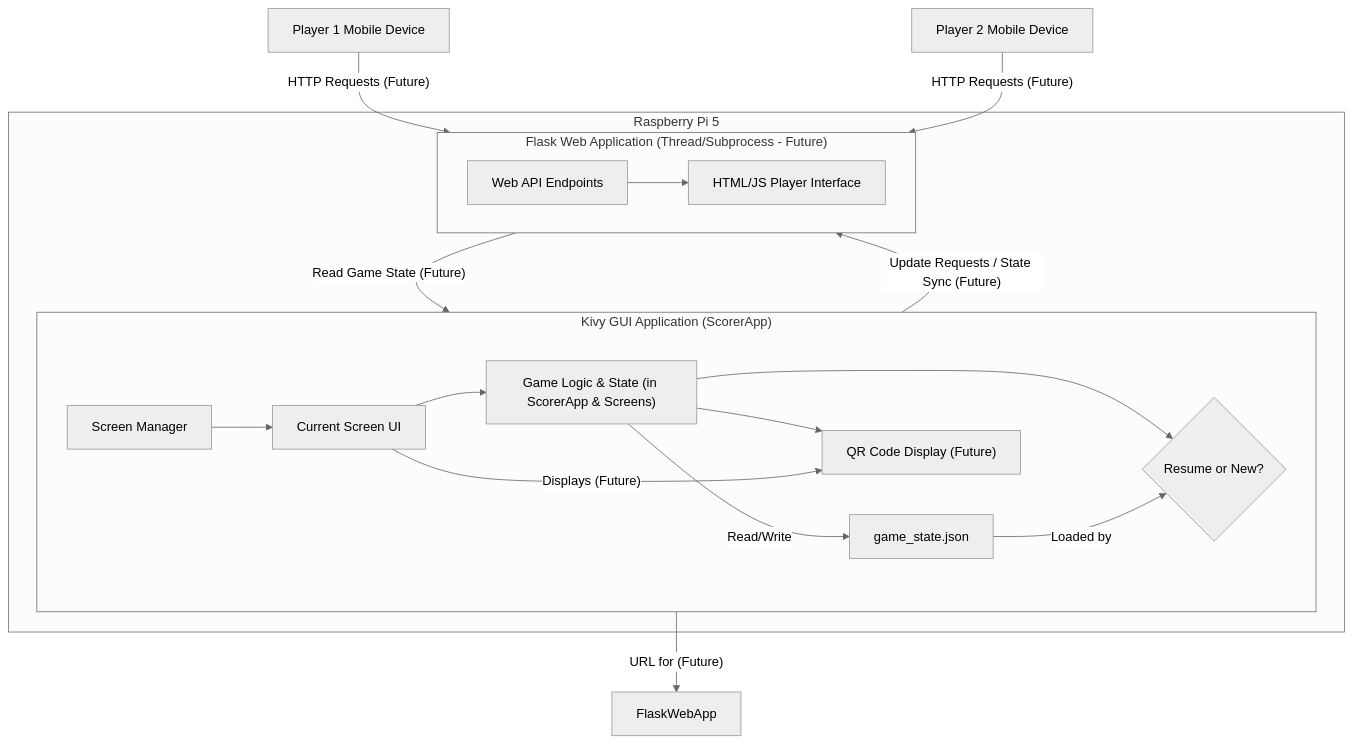
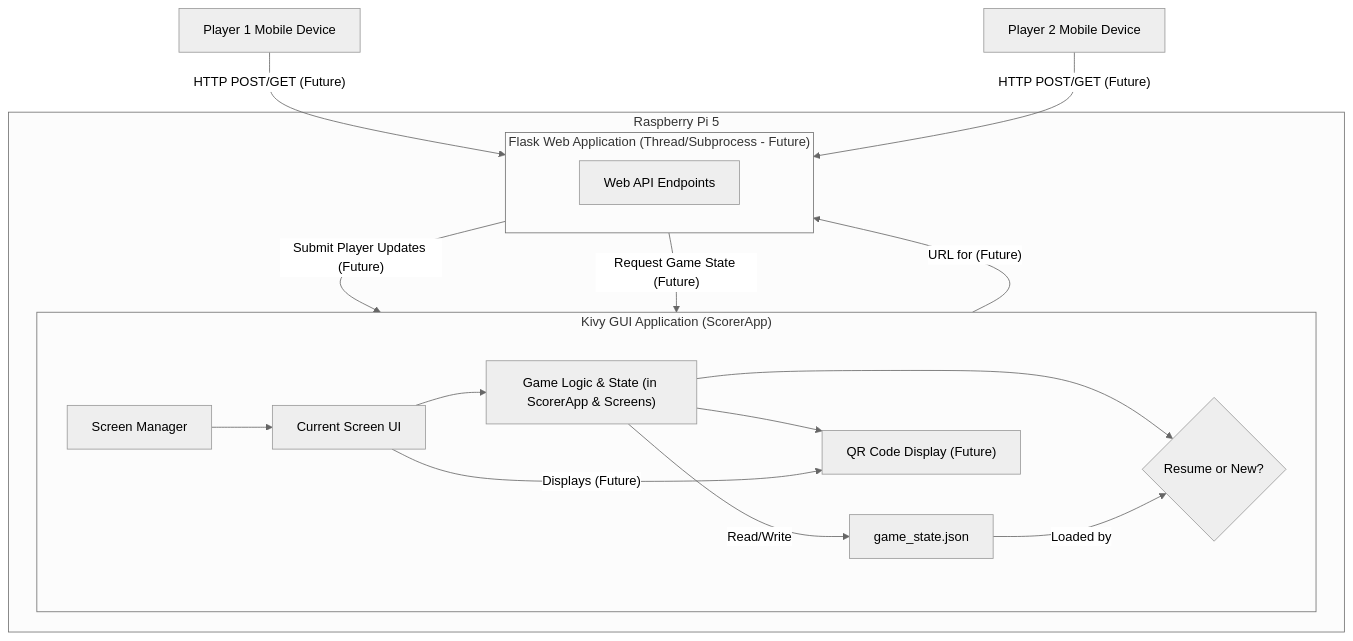
The first of 4 diagrams in memory-bank/systemPatterns.md (matt-antone/Scorer), drawn with Mermaid (neutral theme) before and after one commit. The commit also changed other lines of this file, not shown here.

Commit message:
docs: audit and correct memory bank documentation
- Audit and refactor all memory bank files for accuracy and clarity.
- Correct multiple Mermaid diagram syntax errors in systemPatterns.md.
- Clarify client-server data flow for player updates in architecture.
- Remove redundant information from techContext.md and delete obsolete files.
- Update progress.md and activeContext.md to reflect current project state.
- Add future 'Player Client' feature to documentation.

Working features at this commit:
- Kivy application is stable and functional for core game management.
- Spectator web client is synchronized and correctly displays game state.
- Server backend correctly manages and broadcasts sanitized game state.
- Memory bank documentation is audited, corrected, and internally consistent.

Known issues at this commit:
- No known critical bugs.

````diff
--- a/memory-bank/systemPatterns.md
+++ b/memory-bank/systemPatterns.md
@@ -28,28 +29,28 @@
 ```mermaid
 graph TD
     subgraph Raspberry Pi 5
         subgraph "Kivy GUI Application (ScorerApp)"
             direction LR
             ScreenManager["Screen Manager"] --> ActiveScreen["Current Screen UI"]
             ActiveScreen --> KivyLogic["Game Logic & State (in ScorerApp & Screens)"]
             KivyLogic -- "Read/Write" --> DataStore["game_state.json"]
             KivyLogic --> QRCodeGen["QR Code Display (Future)"]
             KivyLogic --> ResumeOrNewScreen{"Resume or New?"}
             DataStore -- "Loaded by" --> ResumeOrNewScreen
         end
 
         subgraph "Flask Web Application (Thread/Subprocess - Future)"
             direction LR
-            FlaskAPI["Web API Endpoints"] --> WebFrontend["HTML/JS Player Interface"]
+            FlaskAPI["Web API Endpoints"]
         end
 
-        KivyLogic -- "Update Requests / State Sync (Future)" --> FlaskAPI
-        FlaskAPI -- "Read Game State (Future)" --> KivyLogic
+        FlaskAPI -- "Submit Player Updates (Future)" --> KivyLogic
+        FlaskAPI -- "Request Game State (Future)" --> KivyLogic
     end
 
-    MobileDevice1["Player 1 Mobile Device"] -- "HTTP Requests (Future)" --> WebFrontend
-    MobileDevice2["Player 2 Mobile Device"] -- "HTTP Requests (Future)" --> WebFrontend
+    MobileDevice1["Player 1 Mobile Device"] -- "HTTP POST/GET (Future)" --> FlaskAPI
+    MobileDevice2["Player 2 Mobile Device"] -- "HTTP POST/GET (Future)" --> FlaskAPI
 
     ActiveScreen -- "Displays (Future)" --> QRCodeGen
-    QRCodeGen -- "URL for (Future)" --> FlaskWebApp
+    QRCodeGen -- "URL for (Future)" --> FlaskAPI
 ```
````
